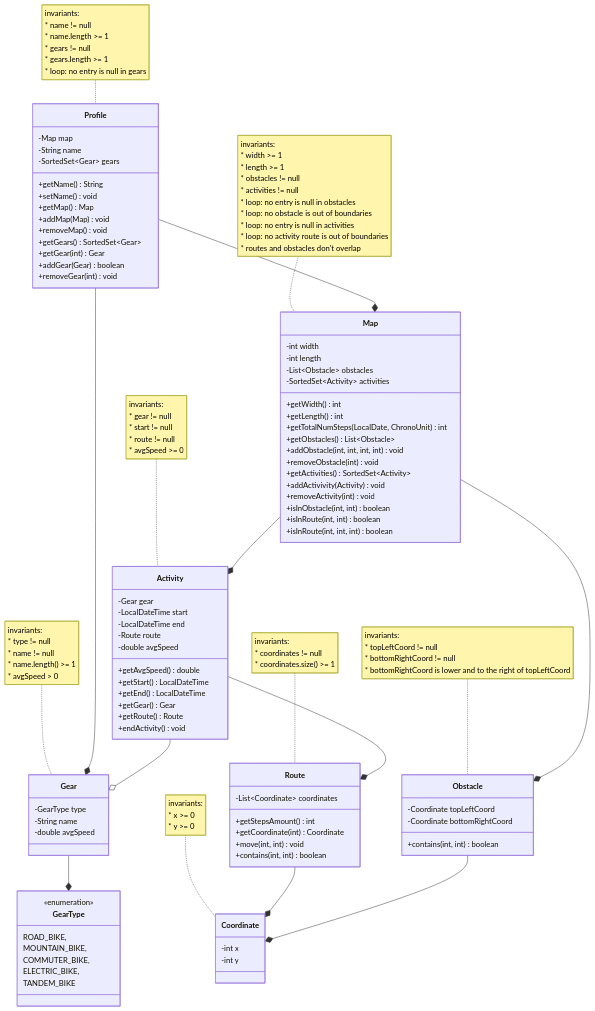
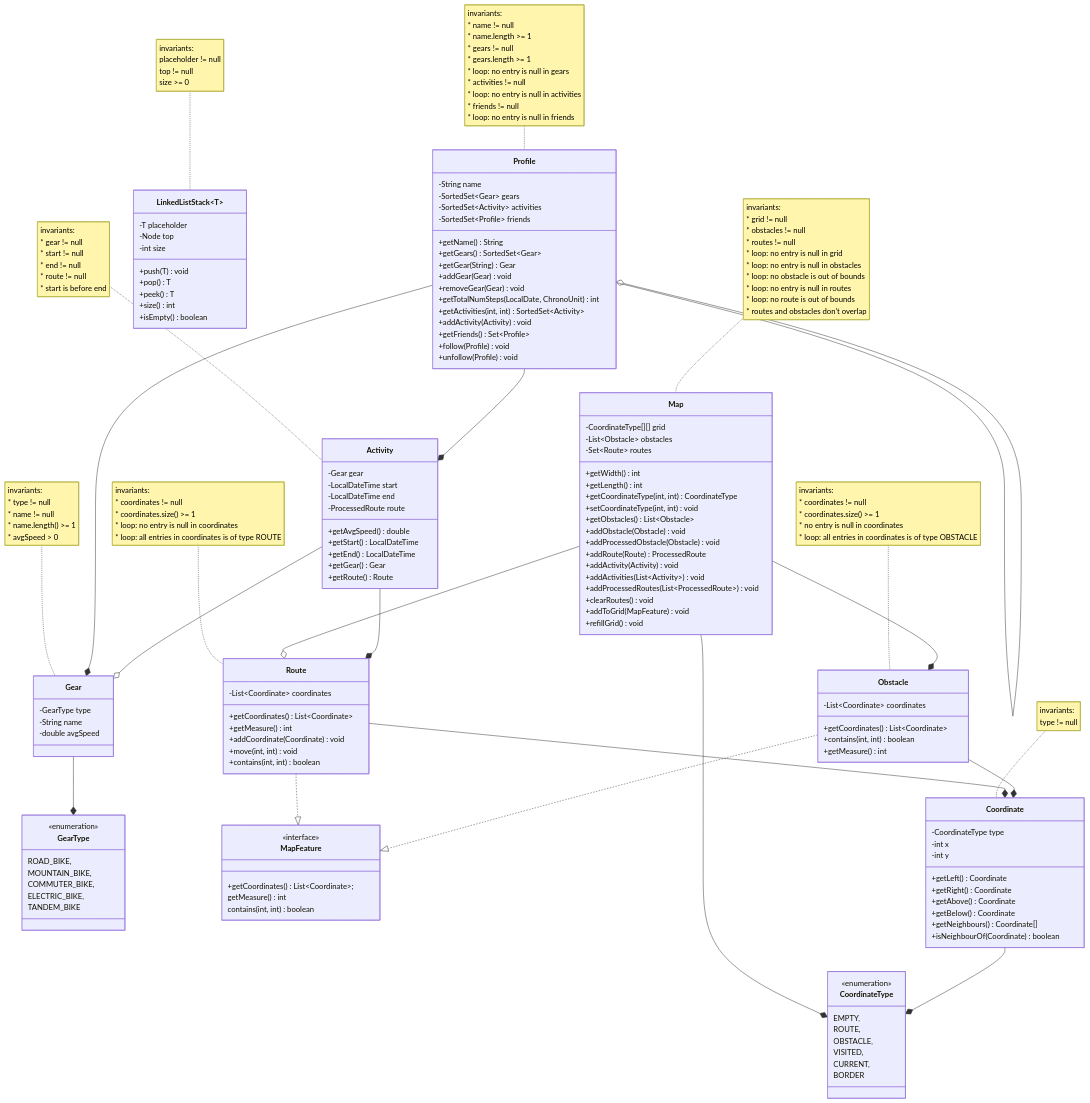
The eighth of 8 diagrams in README.md (NarekVeranyan05/franklin-runs), drawn with Mermaid before and after one commit. The commit also changed other lines of this file, not shown here.

First line of the commit message:
Revise README with new features and diagrams

````diff
--- a/README.md
+++ b/README.md
@@ -144,19 +310,22 @@
 ```mermaid 
 classDiagram
     class Profile {
-        -Map map
         -String name
         -SortedSet~Gear~ gears
+        -SortedSet~Activity~ activities
+        -SortedSet~Profile~ friends
         
         +getName() String
-        +setName() void
-        +getMap() Map
-        +addMap(Map) void
-        +removeMap() void
         +getGears() SortedSet~Gear~
-        +getGear(int) Gear
-        +addGear(Gear) boolean
-        +removeGear(int) void
+        +getGear(String) Gear
+        +addGear(Gear) void
+        +removeGear(Gear) void
+        +getTotalNumSteps(LocalDate, ChronoUnit) int
+        +getActivities(int, int) SortedSet~Activity~
+        +addActivity(Activity) void
+        +getFriends() Set~Profile~
+        +follow(Profile) void
+        +unfollow(Profile) void
     }
     
     note for Profile"invariants:
@@ -164,10 +333,16 @@
         * name.length >= 1
         * gears != null
         * gears.length >= 1
-        * loop: no entry is null in gears"
+        * loop: no entry is null in gears
+        * activities != null
+        * loop: no entry is null in activities
+        * friends != null
+        * loop: no entry is null in friends
+        "
     
+    Profile --o Profile
     Profile --* Gear
-    Profile --* Map
+    Profile --* Activity
     
     class Gear {
         -GearType type
@@ -193,59 +368,60 @@
     }
     
     class Map {
-        -int width
-        -int length
+        -CoordinateType[][] grid
         -List~Obstacle~ obstacles
-        -SortedSet~Activity~ activities
+        -Set~Route~ routes
         
         +getWidth() int
         +getLength() int
-        +getTotalNumSteps(LocalDate, ChronoUnit) int
+        +getCoordinateType(int, int) CoordinateType
+        +setCoordinateType(int, int) void
         +getObstacles() List~Obstacle~
-        +addObstacle(int, int, int, int) void
-        +removeObstacle(int) void
-        +getActivities() SortedSet~Activity~
-        +addActivivity(Activity) void
-        +removeActivity(int) void
-        +isInObstacle(int, int) boolean
-        +isInRoute(int, int) boolean
-        +isInRoute(int, int, int) boolean
+        +addObstacle(Obstacle) void
+        +addProcessedObstacle(Obstacle) void
+        +addRoute(Route) ProcessedRoute
+        +addActivity(Activity) void
+        +addActivities(List~Activity~) void
+        +addProcessedRoutes(List~ProcessedRoute~) void
+        +clearRoutes() void
+        +addToGrid(MapFeature) void
+        +refillGrid() void
     }
     
     note for Map"invariants:
-        * width >= 1
-        * length >= 1
+        * grid != null
         * obstacles != null
-        * activities != null
+        * routes != null
+        * loop: no entry is null in grid
         * loop: no entry is null in obstacles
-        * loop: no obstacle is out of boundaries
-        * loop: no entry is null in activities
-        * loop: no activity route is out of boundaries
+        * loop: no obstacle is out of bounds
+        * loop: no entry is null in routes
+        * loop: no route is out of bounds
         * routes and obstacles don't overlap"
-    
+
+    Map --* CoordinateType
     Map --* Obstacle
-    Map --* Activity
+    Map --o Route
     
     class Activity{
         -Gear gear
         -LocalDateTime start
         -LocalDateTime end
-        -Route route
-        -double avgSpeed
+        -ProcessedRoute route
         
         +getAvgSpeed() double
         +getStart() LocalDateTime
         +getEnd() LocalDateTime
         +getGear() Gear
         +getRoute() Route
-        +endActivity() void
     }
     
     note for Activity"invariants:
         * gear != null
         * start != null
+        * end != null
         * route != null
-        * avgSpeed >= 0"
+        * start is before end"
     
     Activity --o Gear
     Activity --* Route
@@ -253,38 +429,90 @@
     class Route {
         -List~Coordinate~ coordinates
         
-        +getStepsAmount() int
-        +getCoordinate(int) Coordinate
+        +getCoordinates() List~Coordinate~
+        +getMeasure() int
+        +addCoordinate(Coordinate) void
         +move(int, int) void
         +contains(int, int) boolean
     }
     
     note for Route"invariants:
         * coordinates != null
-        * coordinates.size() >= 1"
-    
+        * coordinates.size() >= 1
+        * loop: no entry is null in coordinates
+        * loop: all entries in coordinates is of type ROUTE"
+
+    Route ..|> MapFeature
     Route --* Coordinate
     
     class Obstacle {
-        -Coordinate topLeftCoord
-        -Coordinate bottomRightCoord
+        -List~Coordinate~ coordinates
         
+        +getCoordinates() List~Coordinate~
         +contains(int, int) boolean
+        +getMeasure() int
     }
     
     note for Obstacle"invariants:
-        * topLeftCoord != null
-        * bottomRightCoord != null
-        * bottomRightCoord is lower and to the right of topLeftCoord"
+        * coordinates != null
+        * coordinates.size() >= 1
+        * no entry is null in coordinates
+        * loop: all entries in coordinates is of type OBSTACLE"
     
+    Obstacle ..|> MapFeature
     Obstacle --* Coordinate
     
+    class MapFeature {
+        <<interface>>
+        +getCoordinates() List~Coordinate~;
+        getMeasure() int
+        contains(int, int) boolean
+    }
+    
     class Coordinate {
+        -CoordinateType type
         -int x
         -int y
+        
+        +getLeft() Coordinate
+        +getRight() Coordinate
+        +getAbove() Coordinate
+        +getBelow() Coordinate
+        +getNeighbours() Coordinate[]
+        +isNeighbourOf(Coordinate) boolean
     }
     
     note for Coordinate "invariants:
-        * x >= 0
-        * y >= 0"
+        type != null
+    "
+    
+    Coordinate --* CoordinateType
+    
+    class CoordinateType {
+        <<enumeration>>
+        EMPTY,
+        ROUTE,
+        OBSTACLE,
+        VISITED,
+        CURRENT,
+        BORDER
+    }
+
+    class LinkedListStack~T~ {
+        -T placeholder
+        -Node top
+        -int size
+
+        +push(T) void
+        +pop() T
+        +peek() T
+        +size() int
+        +isEmpty() boolean
+    }
+
+    note for LinkedListStack "invariants:
+        placeholder != null
+        top != null
+        size >= 0
+    "
 ```
````
